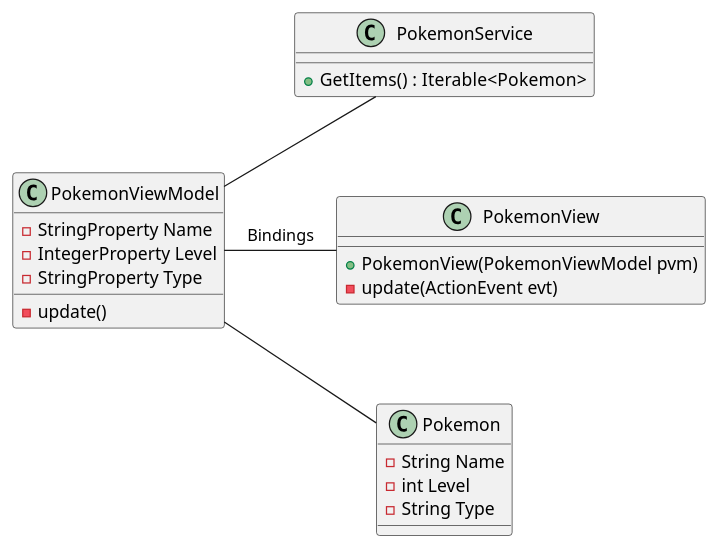
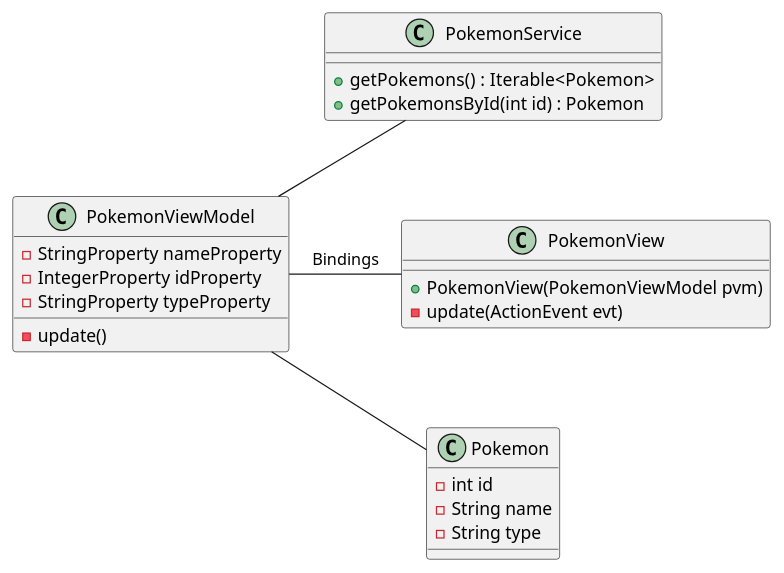
The diagram in src/main/resources/assets/exercice2.puml (CraftLR/workshop-JavaFX-MVVM), drawn with PlantUML before and after one commit. The commit also changed 8 other files, not shown here.

```diff
--- a/src/main/resources/assets/exercice2.puml
+++ b/src/main/resources/assets/exercice2.puml
@@ -1,32 +1,33 @@
 @startuml exercice2
-  class Pokemon {
-    - String Name
-    - int Level
-    - String Type
-  }
+class Pokemon {
+    - int id
+    - String name
+    - String type
+}
 
-  class PokemonService {
-    + GetItems() :  Iterable<Pokemon>
-  }
+class PokemonService {
+    + getPokemons() :  Iterable<Pokemon>
+    + getPokemonsById(int id) : Pokemon
+}
 
 class PokemonViewModel {
-    - StringProperty Name
-    - IntegerProperty Level
-    - StringProperty Type
+    - StringProperty nameProperty
+    - IntegerProperty idProperty
+    - StringProperty typeProperty
     - update()
 }
 
 class PokemonView {
     + PokemonView(PokemonViewModel pvm)
     - update(ActionEvent evt)
 }
 
 Pokemon -[hidden]--> PokemonService
 
 PokemonView -right- PokemonViewModel : Bindings
 
 PokemonViewModel -up- PokemonService
 
 PokemonViewModel -right- Pokemon
 
 @enduml
```
